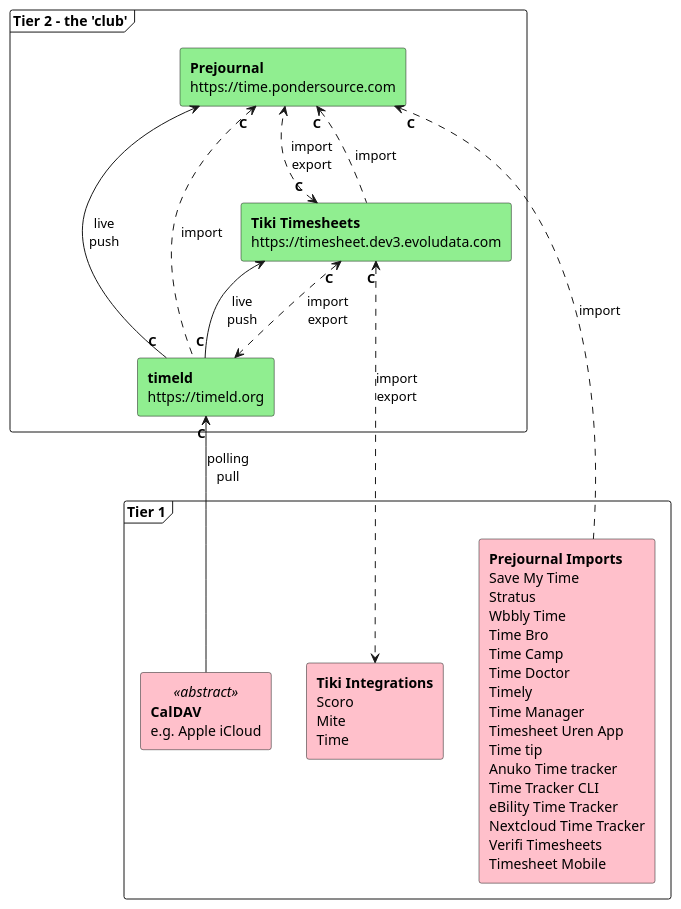
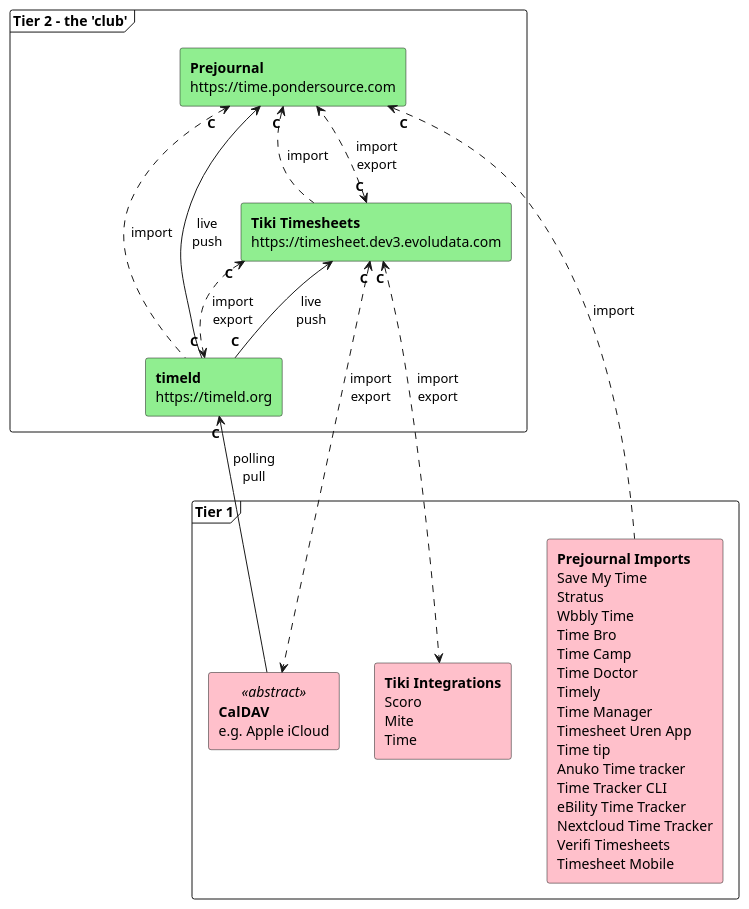
The diagram in architecture/timesheets-federation.puml (federatedbookkeeping/timesheets), drawn with PlantUML before and after one commit. The commit also changed 1 other file, not shown here.

Commit message:
Added Tiki CalDAV import/export

```diff
--- a/architecture/timesheets-federation.puml
+++ b/architecture/timesheets-federation.puml
@@ -1,71 +1,72 @@
 @startuml
 'https://plantuml.com/component-diagram
 skinparam componentStyle rectangle
 
 frame "Tier 2 – the 'club'" {
   component pj #lightgreen [
     **Prejournal**
     https://time.pondersource.com
   ]
 
   component tt #lightgreen [
     **Tiki Timesheets**
     https://timesheet.dev3.evoludata.com
   ]
 
   component tm #lightgreen [
     **timeld**
     https://timeld.org
   ]
 
   tm "**C**" --> pj: live\npush
   tm "**C**" --> tt: live\npush
 
   tt "**C**" <..> tm: import\nexport
   tt "**C**" <..> pj: import\nexport
 
   pj "**C**" <.. tt: import
   pj "**C**" <.. tm: import
 }
 
 frame "Tier 1" {
   component CalDAV <<abstract>> #pink [
     **CalDAV**
     e.g. Apple iCloud
   ]
 
   component pjImports #pink [
     **Prejournal Imports**
     Save My Time
     Stratus
     Wbbly Time
     Time Bro
     Time Camp
     Time Doctor
     Timely
     Time Manager
     Timesheet Uren App
     Time tip
     Anuko Time tracker
     Time Tracker CLI
     eBility Time Tracker
     Nextcloud Time Tracker
     Verifi Timesheets
     Timesheet Mobile
   ]
 
   component ttImports #pink [
     **Tiki Integrations**
     Scoro
     Mite
     Time
   ]
 }
 
 tm "**C**" <-- CalDAV: polling\npull
 
 pj "**C**" <.. pjImports: import
 
 tt "**C**" <..> ttImports: import\nexport
+tt "**C**" <..> CalDAV: import\nexport
 
 @enduml
```
